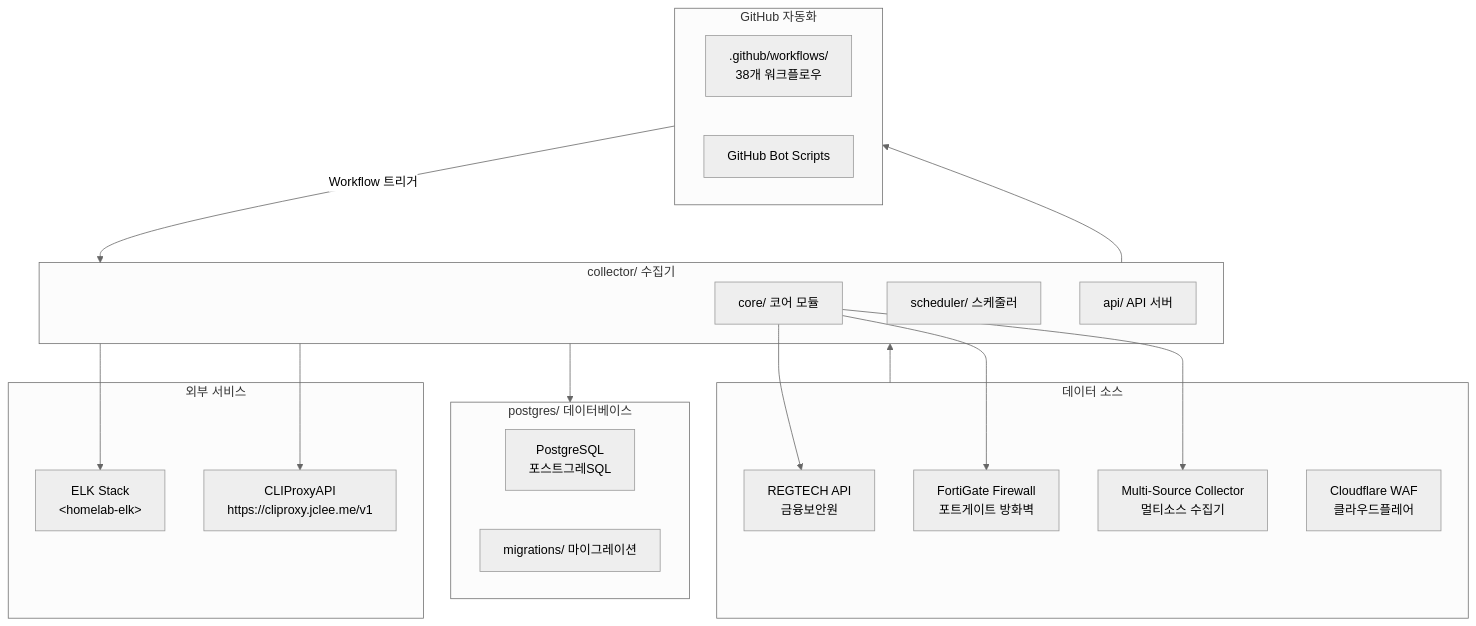
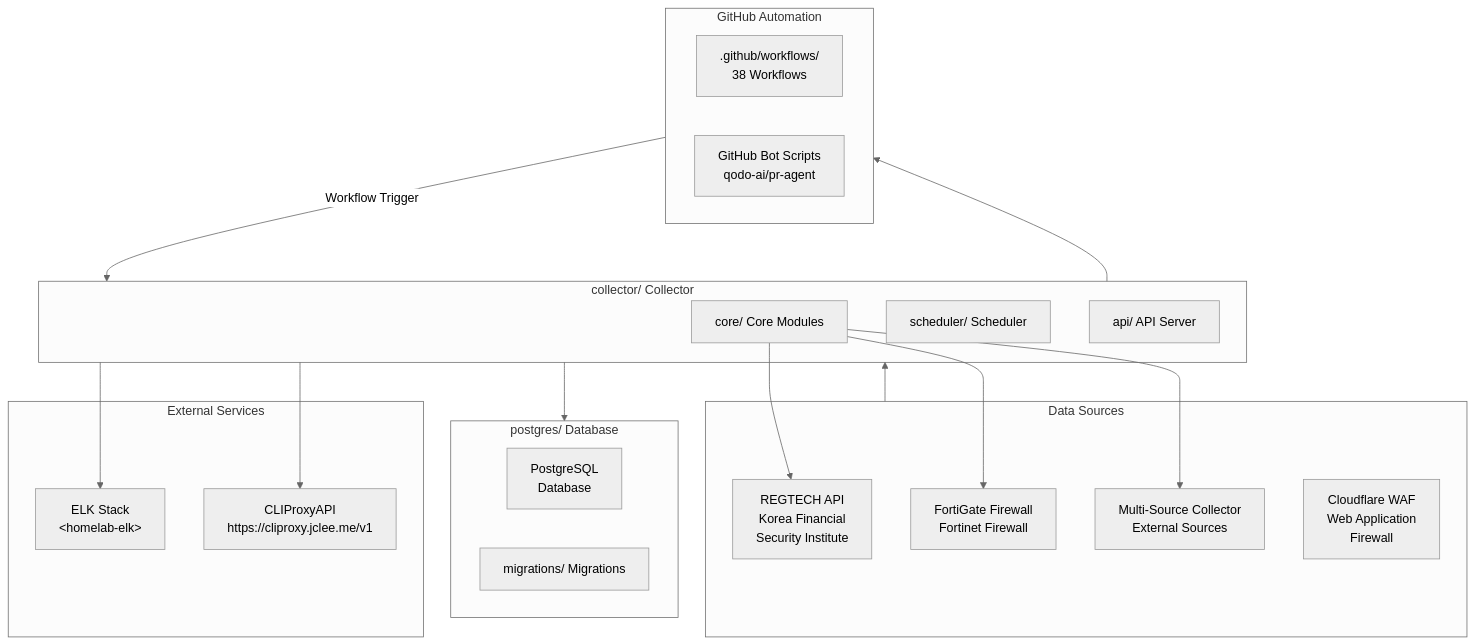
One commit to jclee941/blacklist changed the first of 2 diagrams in README.md. Above: the diagram before and after it, drawn with Mermaid (neutral theme). The commit also changed other lines of this file, not shown here.

````diff
--- a/README.md
+++ b/README.md
@@ -23,41 +49,41 @@
 ```mermaid
 flowchart TB
-    subgraph DataSources["데이터 소스"]
-        REGTECH["REGTECH API<br/>금융보안원"]
-        FORTIGATE["FortiGate Firewall<br/>포트게이트 방화벽"]
-        MULTI["Multi-Source Collector<br/>멀티소스 수집기"]
-        CLOUDFLARE["Cloudflare WAF<br/>클라우드플레어"]
+    subgraph DataSources["Data Sources"]
+        REGTECH["REGTECH API<br/>Korea Financial<br/>Security Institute"]
+        FORTIGATE["FortiGate Firewall<br/>Fortinet Firewall"]
+        MULTI["Multi-Source Collector<br/>External Sources"]
+        CLOUDFLARE["Cloudflare WAF<br/>Web Application<br/>Firewall"]
     end
 
-    subgraph Collector["collector/ 수집기"]
-        CORE["core/ 코어 모듈"]
-        SCHEDULER["scheduler/ 스케줄러"]
-        API["api/ API 서버"]
+    subgraph Collector["collector/ Collector"]
+        CORE["core/ Core Modules"]
+        SCHEDULER["scheduler/ Scheduler"]
+        API["api/ API Server"]
 
         CORE --> FORTIGATE
         CORE --> REGTECH
         CORE --> MULTI
     end
 
-    subgraph Database["postgres/ 데이터베이스"]
-        PG["PostgreSQL<br/>포스트그레SQL"]
-        MIGRATIONS["migrations/ 마이그레이션"]
+    subgraph Database["postgres/ Database"]
+        PG["PostgreSQL<br/>Database"]
+        MIGRATIONS["migrations/ Migrations"]
     end
 
-    subgraph GitHubAutomation["GitHub 자동화"]
-        WORKFLOWS[".github/workflows/<br/>38개 워크플로우"]
-        BOTS["GitHub Bot Scripts"]
+    subgraph GitHubAutomation["GitHub Automation"]
+        WORKFLOWS[".github/workflows/<br/>38 Workflows"]
+        BOTS["GitHub Bot Scripts<br/>qodo-ai/pr-agent"]
     end
 
-    subgraph ExternalServices["외부 서비스"]
+    subgraph ExternalServices["External Services"]
         ELK["ELK Stack<br/>&lt;homelab-elk&gt;"]
         PROXY["CLIProxyAPI<br/>https://cliproxy.jclee.me/v1"]
     end
 
     DataSources --> Collector
     Collector --> Database
     Collector --> GitHubAutomation
-    GitHubAutomation -->|"Workflow 트리거"| Collector
+    GitHubAutomation -->|"Workflow Trigger"| Collector
     Collector --> ELK
     Collector --> PROXY
 ```
````
